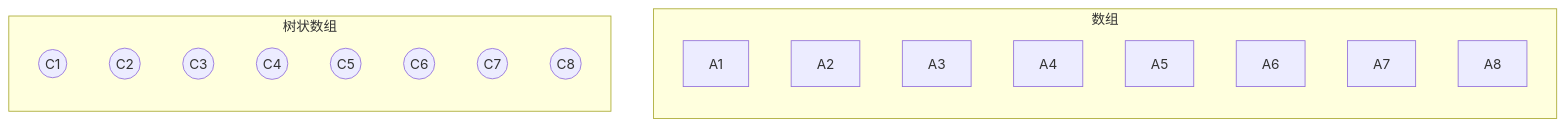
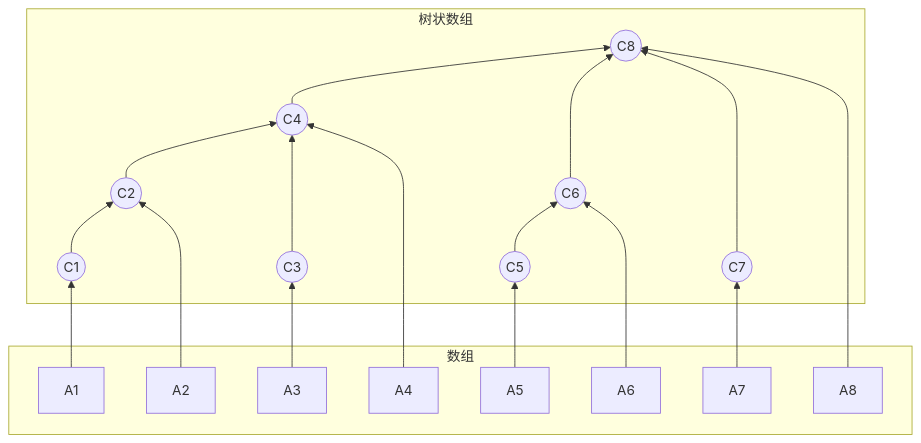
One commit to dmjcb/dmjcb.github.io changed the first of 3 diagrams in _posts/DataStructures/Graph/2022-02-13-树状数组.md. Above: the diagram before and after it, drawn with Mermaid. The commit also changed other lines of this file and 122 other files, not shown here.

Commit message:
修复图形显示BUG

````diff
--- a/_posts/DataStructures/Graph/2022-02-13-树状数组.md
+++ b/_posts/DataStructures/Graph/2022-02-13-树状数组.md
@@ -21,25 +21,33 @@
 ```mermaid
 graph BT;
     subgraph 数组
         A1[A1]
         A2[A2]
         A3[A3]
         A4[A4]
         A5[A5]
         A6[A6]
         A7[A7]
         A8[A8]
     end
 
     subgraph 树状数组
         C1((C1))
         C2((C2))
         C3((C3))
         C4((C4))
         C5((C5))
         C6((C6))
         C7((C7))
         C8((C8))
     end
 
+    A1 --> C1 --> C2
+    A2 --> C2 --> C4
+    A3 --> C3 --> C4
+    A4 --> C4 --> C8
+    A5 --> C5 --> C6
+    A6 --> C6 --> C8
+    A7 --> C7 --> C8
+    A8 --> C8
 ```
````
